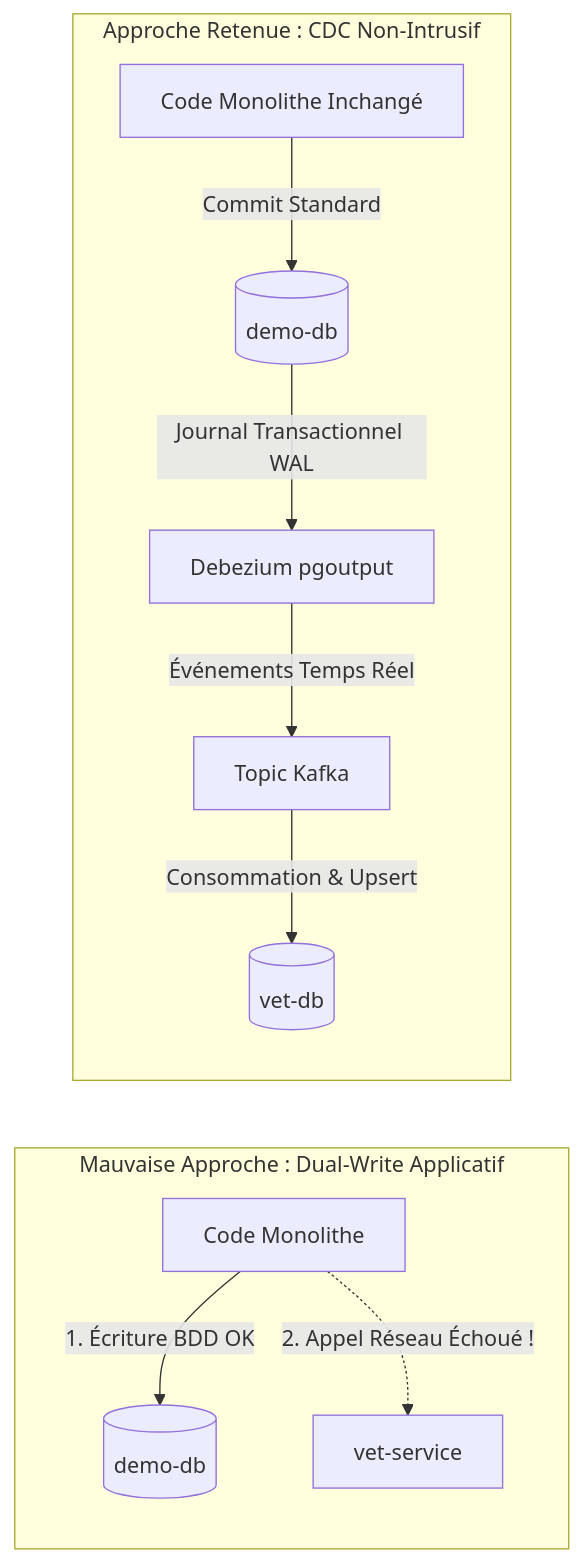
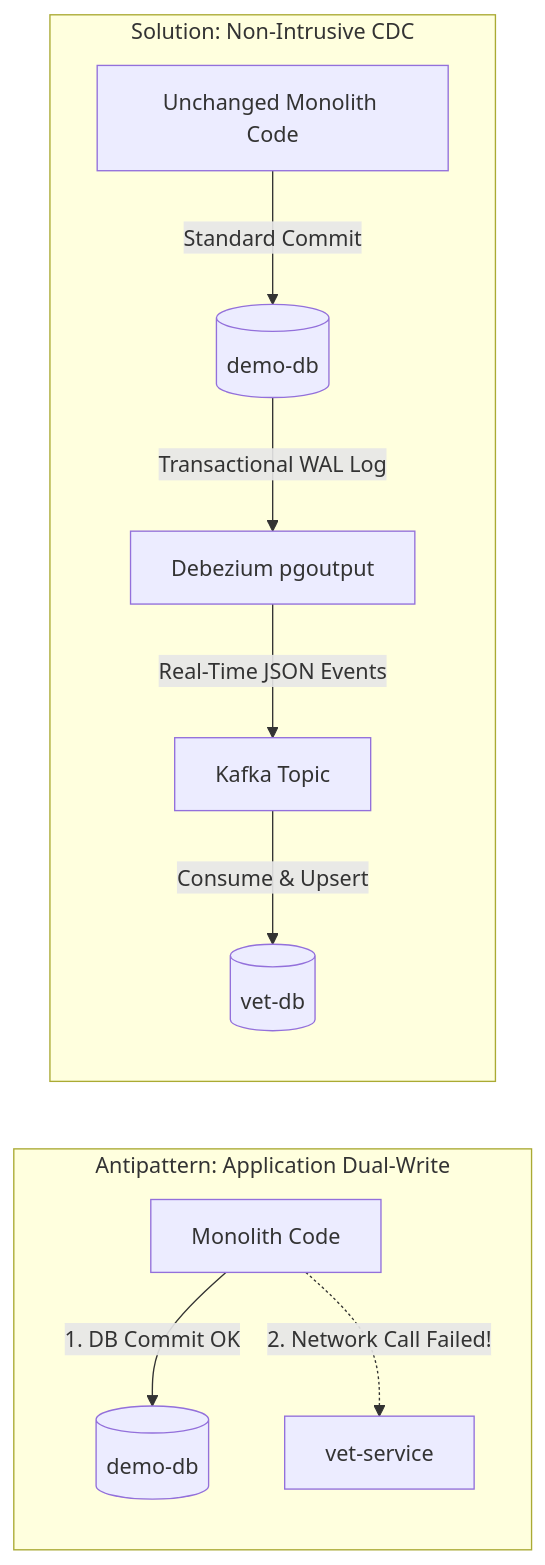
The seventh of 9 diagrams in README.md (abdochiguer/Monolith-to-Microservices-Migration), drawn with Mermaid before and after one commit. The commit also changed other lines of this file, not shown here.

````diff
--- a/README.md
+++ b/README.md
@@ -376,14 +373,14 @@
 ```mermaid
 flowchart LR
-    subgraph Mauvaise Approche : Dual-Write Applicatif
-        App1[Code Monolithe] -->|1. Écriture BDD OK| DB1[(demo-db)]
-        App1 -.->|2. Appel Réseau Échoué !| Svc1[vet-service]
+    subgraph Antipattern: Application Dual-Write
+        App1[Monolith Code] -->|1. DB Commit OK| DB1[(demo-db)]
+        App1 -.->|2. Network Call Failed!| Svc1[vet-service]
     end
 
-    subgraph Approche Retenue : CDC Non-Intrusif
-        App2[Code Monolithe Inchangé] -->|Commit Standard| DB2[(demo-db)]
-        DB2 -->|Journal Transactionnel WAL| Deb[Debezium pgoutput]
-        Deb -->|Événements Temps Réel| K[Topic Kafka]
-        K -->|Consommation & Upsert| Target[(vet-db)]
+    subgraph Solution: Non-Intrusive CDC
+        App2[Unchanged Monolith Code] -->|Standard Commit| DB2[(demo-db)]
+        DB2 -->|Transactional WAL Log| Deb[Debezium pgoutput]
+        Deb -->|Real-Time JSON Events| K[Kafka Topic]
+        K -->|Consume & Upsert| Target[(vet-db)]
     end
 ```
````
